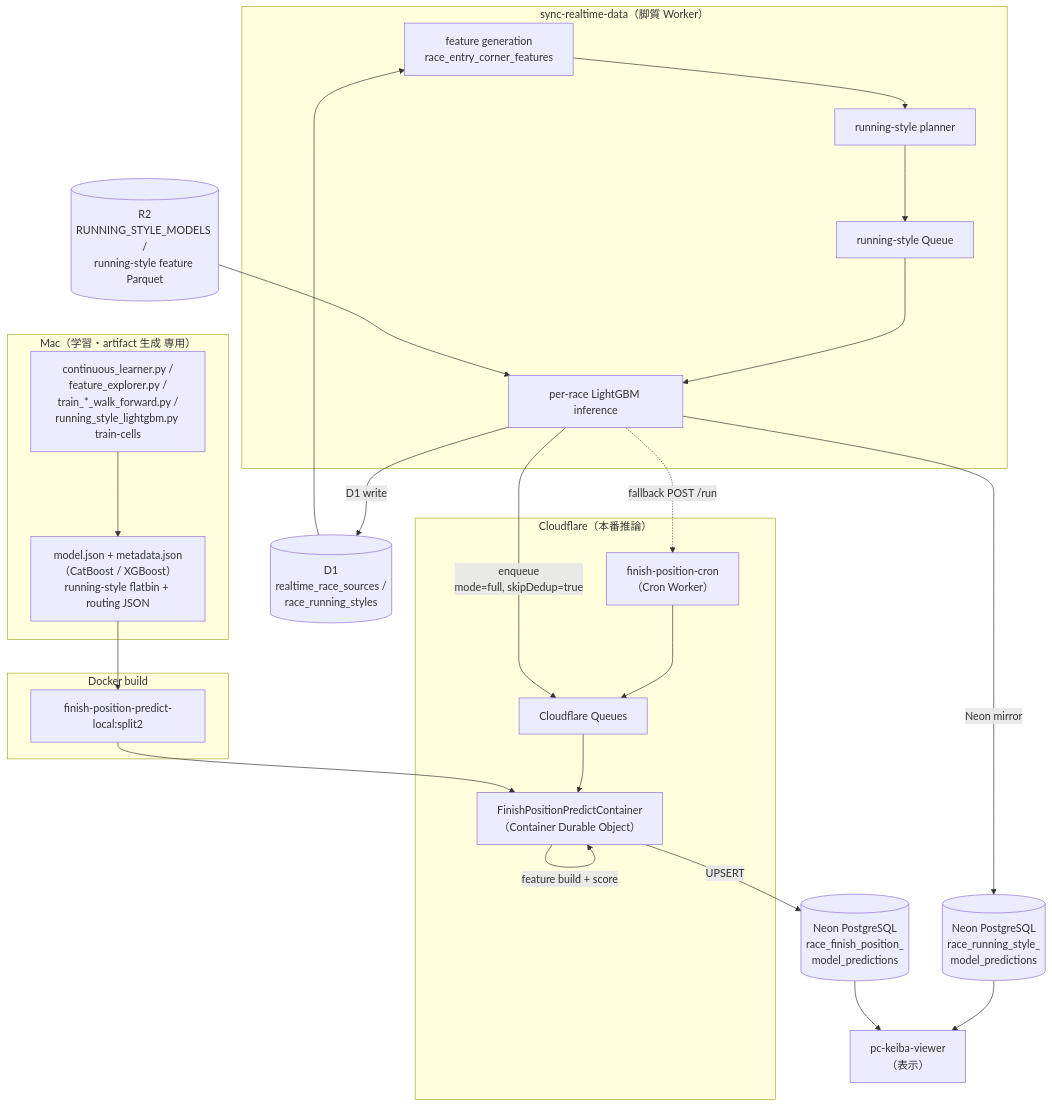
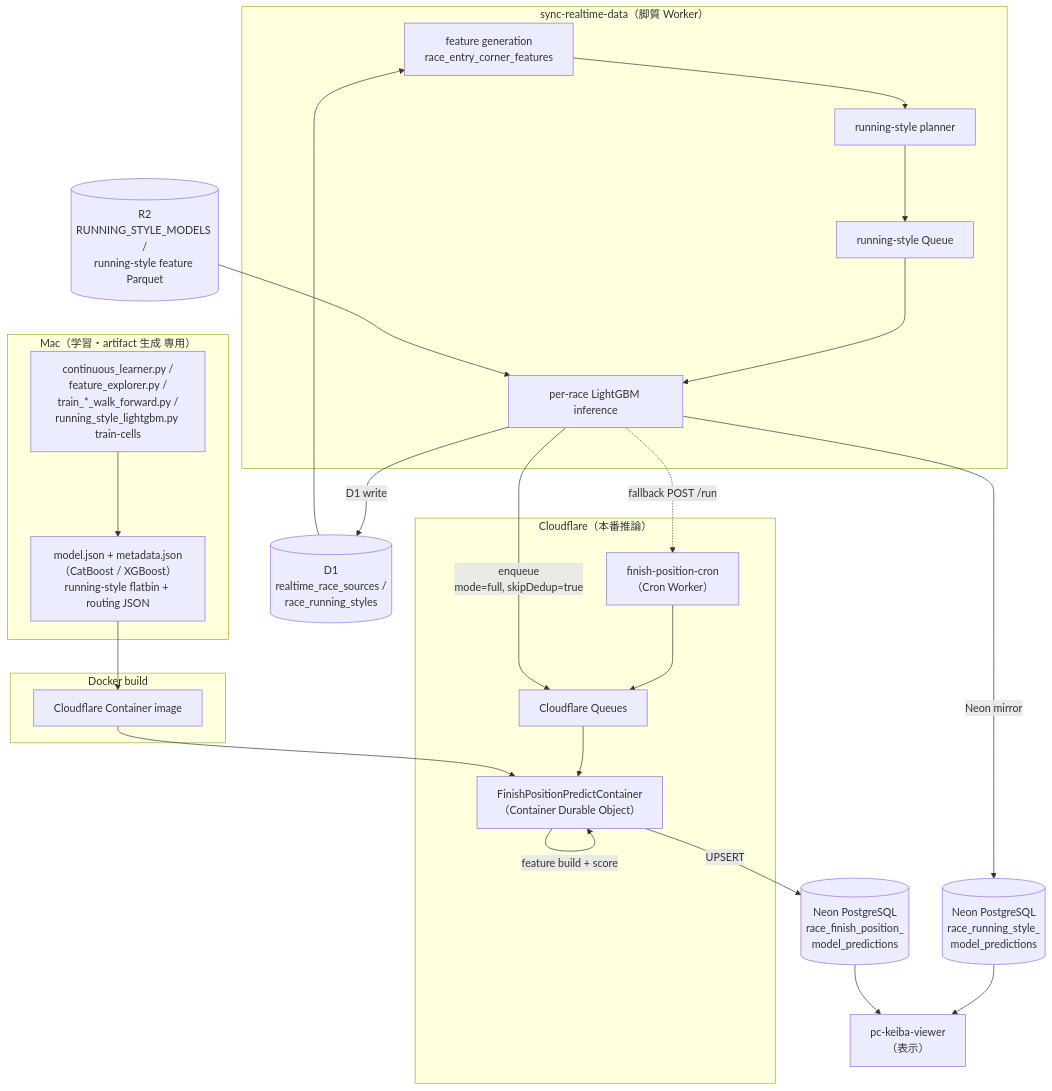
One commit to kkkaoru/horse-racing-data changed the first of 10 diagrams in docs/finish-position-prediction-system.md. Above: the diagram before and after it, drawn with Mermaid. The commit also changed other lines of this file and 23 other files, not shown here.

````diff
--- a/docs/finish-position-prediction-system.md
+++ b/docs/finish-position-prediction-system.md
@@ -23,46 +23,46 @@
 ```mermaid
 flowchart TB
     subgraph MAC["Mac（学習・artifact 生成 専用）"]
         TRAIN["continuous_learner.py /<br/>feature_explorer.py /<br/>train_*_walk_forward.py /<br/>running_style_lightgbm.py train-cells"]
         ARTI["model.json + metadata.json<br/>（CatBoost / XGBoost）<br/>running-style flatbin + routing JSON"]
         TRAIN --> ARTI
     end
 
     subgraph BUILD["Docker build"]
-        IMG["finish-position-predict-local:split2"]
+        IMG["Cloudflare Container image"]
     end
 
     subgraph RT["sync-realtime-data（脚質 Worker）"]
         FEAT["feature generation<br/>race_entry_corner_features"]
         RSPLAN["running-style planner"]
         RSQUEUE["running-style Queue"]
         RSINFER["per-race LightGBM inference"]
         FEAT --> RSPLAN --> RSQUEUE --> RSINFER
     end
 
     subgraph CF["Cloudflare（本番推論）"]
         CRON["finish-position-cron<br/>（Cron Worker）"]
         QUEUE["Cloudflare Queues"]
         DO["FinishPositionPredictContainer<br/>（Container Durable Object）"]
         CRON --> QUEUE --> DO
     end
 
     D1[("D1<br/>realtime_race_sources /<br/>race_running_styles")]
     R2RS[("R2<br/>RUNNING_STYLE_MODELS /<br/>running-style feature Parquet")]
     NEONRS[("Neon PostgreSQL<br/>race_running_style_<br/>model_predictions")]
     NEON[("Neon PostgreSQL<br/>race_finish_position_<br/>model_predictions")]
     VIEWER["pc-keiba-viewer<br/>（表示）"]
 
     D1 --> FEAT
     R2RS --> RSINFER
     RSINFER -->|"D1 write"| D1
     RSINFER -->|"Neon mirror"| NEONRS
     RSINFER -->|"enqueue<br/>mode=full, skipDedup=true"| QUEUE
     RSINFER -.->|"fallback POST /run"| CRON
     ARTI --> IMG
     IMG --> DO
     DO -->|"feature build + score"| DO
     DO -->|"UPSERT"| NEON
     NEONRS --> VIEWER
     NEON --> VIEWER
 ```
````
